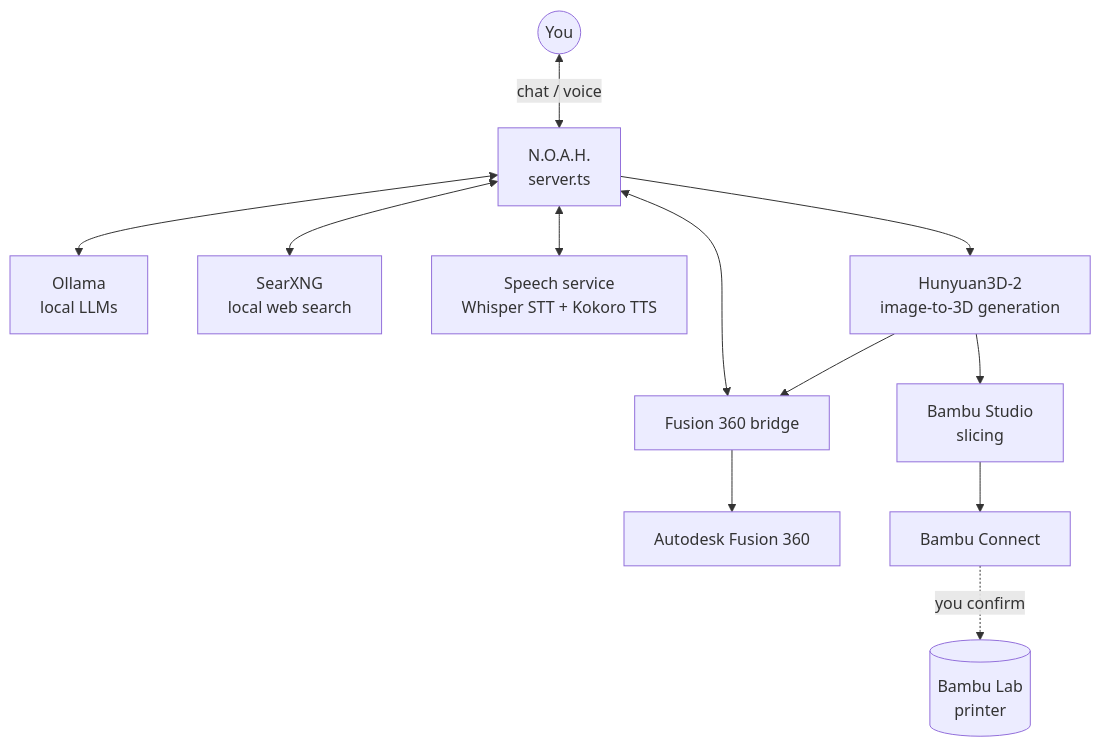
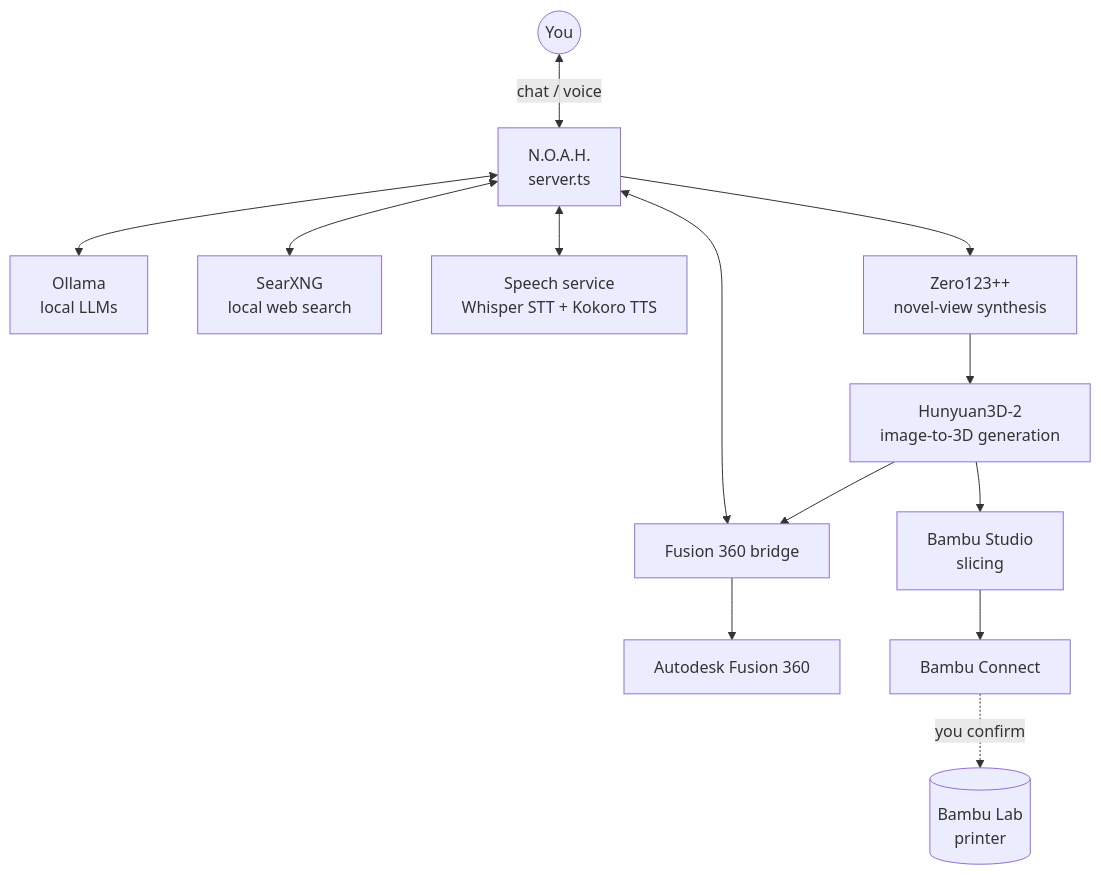
Before and after one commit to Noel-b02/N.O.A.H: the diagram in README.md, drawn with Mermaid. The commit also changed other lines of this file and 5 other files, not shown here.

````diff
--- a/README.md
+++ b/README.md
@@ -53,16 +57,17 @@
 ```mermaid
 graph TD
     You(("You")) <-->|chat / voice| Noah["N.O.A.H.<br/>server.ts"]
 
     Noah <--> Ollama["Ollama<br/>local LLMs"]
     Noah <--> SearXNG["SearXNG<br/>local web search"]
     Noah <--> Speech["Speech service<br/>Whisper STT + Kokoro TTS"]
     Noah <--> Bridge["Fusion 360 bridge"]
-    Noah --> Hunyuan["Hunyuan3D-2<br/>image-to-3D generation"]
+    Noah --> NovelView["Zero123++<br/>novel-view synthesis"]
+    NovelView --> Hunyuan["Hunyuan3D-2<br/>image-to-3D generation"]
 
     Hunyuan --> Bridge
     Hunyuan --> Slicer["Bambu Studio<br/>slicing"]
     Slicer --> Connect["Bambu Connect"]
     Connect -.you confirm.-> Printer[("Bambu Lab<br/>printer")]
     Bridge --> Fusion["Autodesk Fusion 360"]
 ```
````
